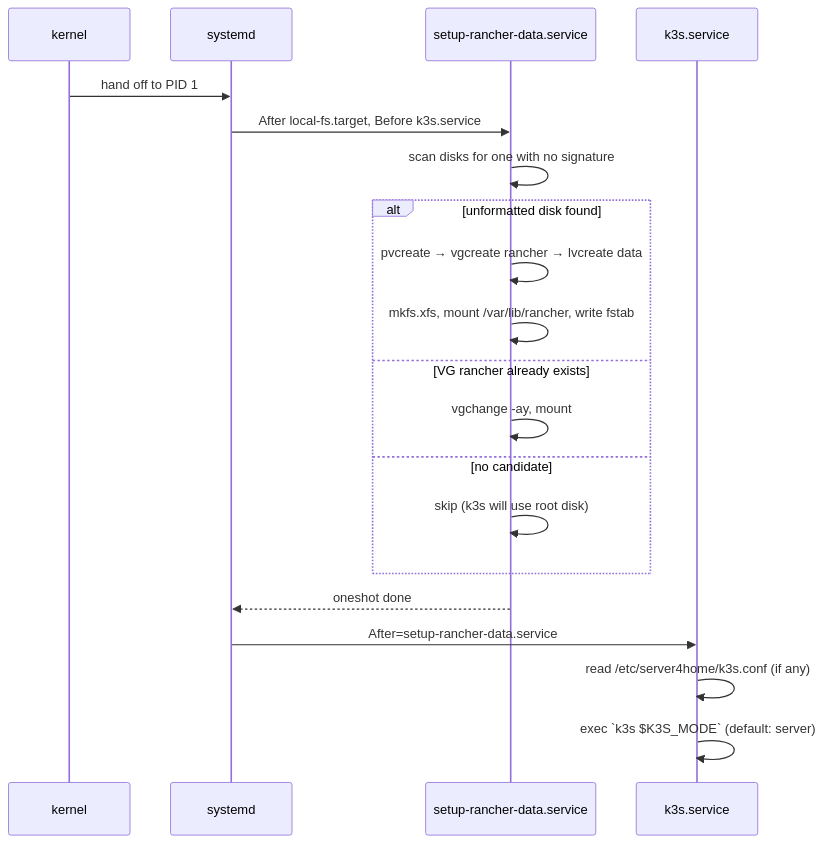
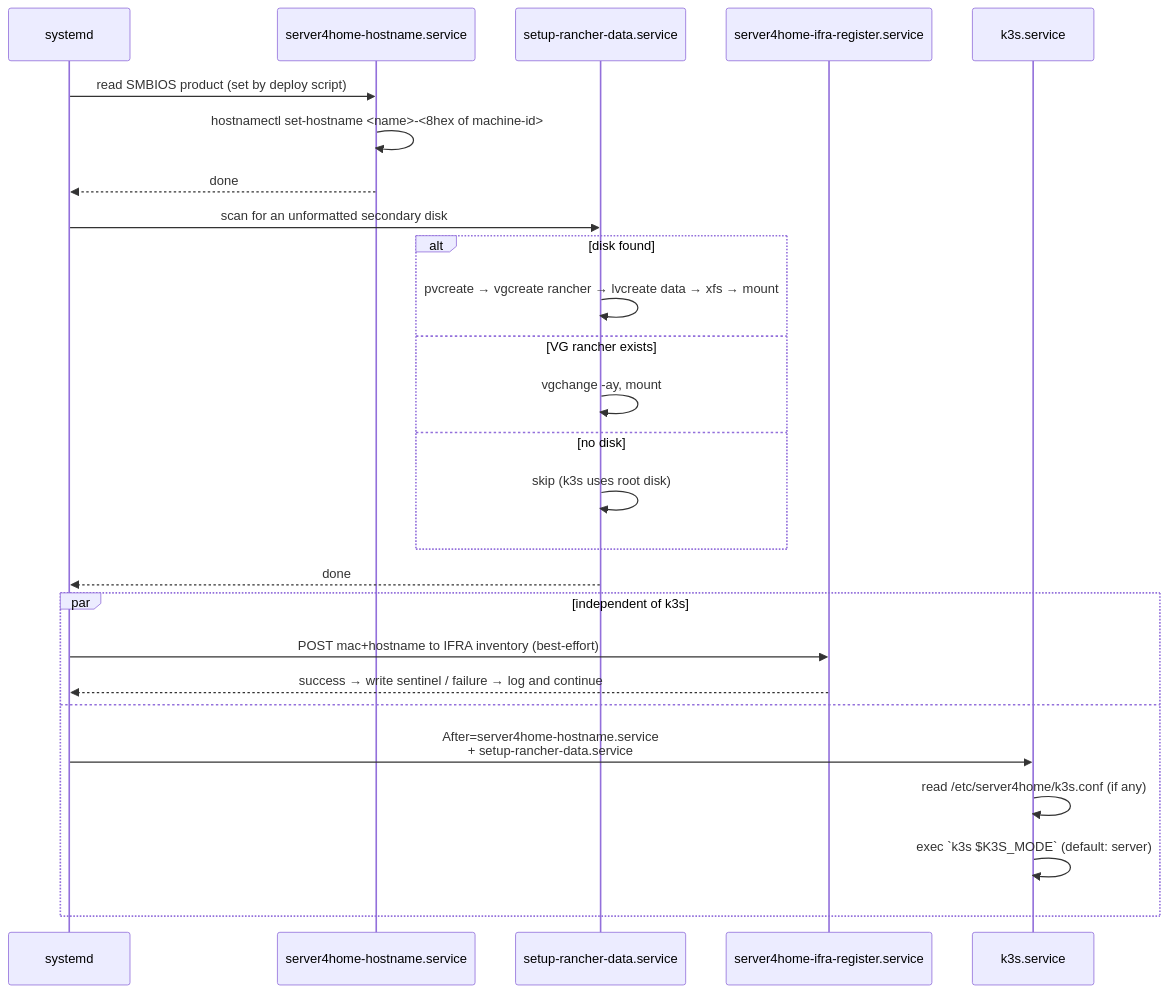
Before and after one commit to dx4homelab/server4home: the second of 3 diagrams in docs/k3s-rancher-vms.md, drawn with Mermaid. The commit also changed other lines of this file and 15 other files, not shown here.

````diff
--- a/docs/k3s-rancher-vms.md
+++ b/docs/k3s-rancher-vms.md
@@ -70,23 +84,31 @@
 ```mermaid
 sequenceDiagram
-    participant kernel
     participant systemd
-    participant setup as setup-rancher-data.service
+    participant hostname as server4home-hostname.service
+    participant data as setup-rancher-data.service
+    participant ifra as server4home-ifra-register.service
     participant k3s as k3s.service
 
-    kernel->>systemd: hand off to PID 1
-    systemd->>setup: After local-fs.target, Before k3s.service
-    setup->>setup: scan disks for one with no signature
-    alt unformatted disk found
-        setup->>setup: pvcreate → vgcreate rancher → lvcreate data
-        setup->>setup: mkfs.xfs, mount /var/lib/rancher, write fstab
-    else VG rancher already exists
-        setup->>setup: vgchange -ay, mount
-    else no candidate
-        setup->>setup: skip (k3s will use root disk)
+    systemd->>hostname: read SMBIOS product (set by deploy script)
+    hostname->>hostname: hostnamectl set-hostname <name>-<8hex of machine-id>
+    hostname-->>systemd: done
+
+    systemd->>data: scan for an unformatted secondary disk
+    alt disk found
+        data->>data: pvcreate → vgcreate rancher → lvcreate data → xfs → mount
+    else VG rancher exists
+        data->>data: vgchange -ay, mount
+    else no disk
+        data->>data: skip (k3s uses root disk)
     end
-    setup-->>systemd: oneshot done
-    systemd->>k3s: After=setup-rancher-data.service
-    k3s->>k3s: read /etc/server4home/k3s.conf (if any)
-    k3s->>k3s: exec `k3s $K3S_MODE`  (default: server)
+    data-->>systemd: done
+
+    par independent of k3s
+        systemd->>ifra: POST mac+hostname to IFRA inventory (best-effort)
+        ifra-->>systemd: success → write sentinel / failure → log and continue
+    and
+        systemd->>k3s: After=server4home-hostname.service<br/>+ setup-rancher-data.service
+        k3s->>k3s: read /etc/server4home/k3s.conf (if any)
+        k3s->>k3s: exec `k3s $K3S_MODE`  (default: server)
+    end
 ```
````
